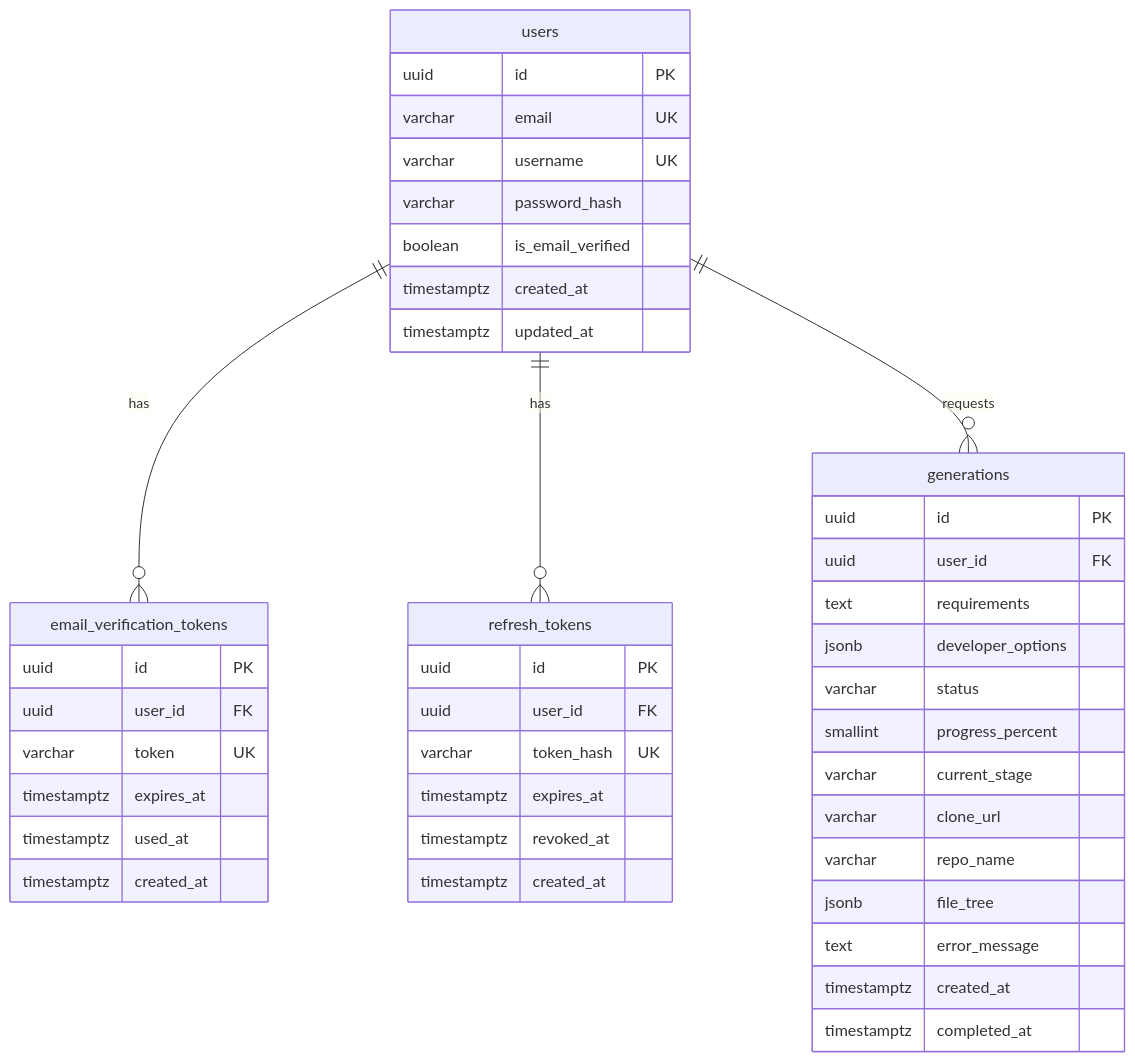
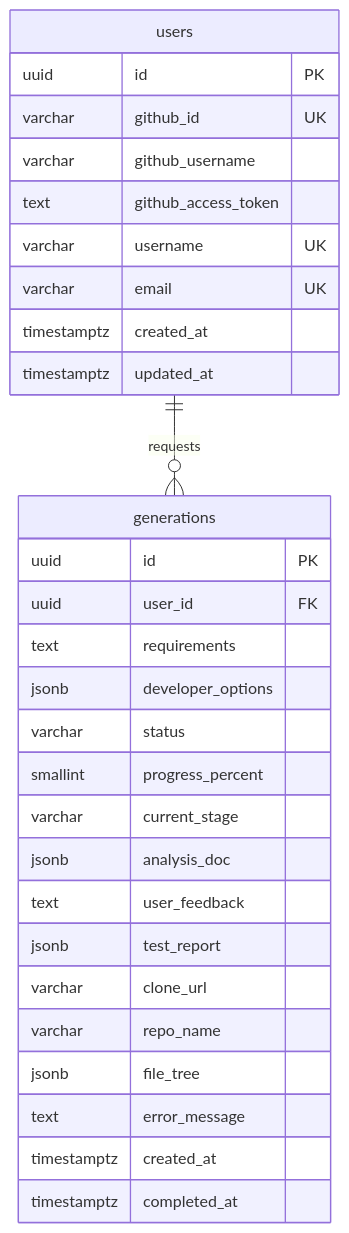
Before and after one commit to Gomdadi/mvp-builder: the diagram in docs/erd.md, drawn with Mermaid. The commit also changed other lines of this file and 12 other files, not shown here.

````diff
--- a/docs/erd.md
+++ b/docs/erd.md
@@ -95,50 +111,34 @@
 ```mermaid
 erDiagram
     users {
         uuid id PK
+        varchar github_id UK
+        varchar github_username
+        text github_access_token
+        varchar username UK
         varchar email UK
-        varchar username UK
-        varchar password_hash
-        boolean is_email_verified
         timestamptz created_at
         timestamptz updated_at
-    }
-
-    email_verification_tokens {
-        uuid id PK
-        uuid user_id FK
-        varchar token UK
-        timestamptz expires_at
-        timestamptz used_at
-        timestamptz created_at
-    }
-
-    refresh_tokens {
-        uuid id PK
-        uuid user_id FK
-        varchar token_hash UK
-        timestamptz expires_at
-        timestamptz revoked_at
-        timestamptz created_at
     }
 
     generations {
         uuid id PK
         uuid user_id FK
         text requirements
         jsonb developer_options
         varchar status
         smallint progress_percent
         varchar current_stage
+        jsonb analysis_doc
+        text user_feedback
+        jsonb test_report
         varchar clone_url
         varchar repo_name
         jsonb file_tree
         text error_message
         timestamptz created_at
         timestamptz completed_at
     }
 
-    users ||--o{ email_verification_tokens : "has"
-    users ||--o{ refresh_tokens : "has"
     users ||--o{ generations : "requests"
 ```
````
